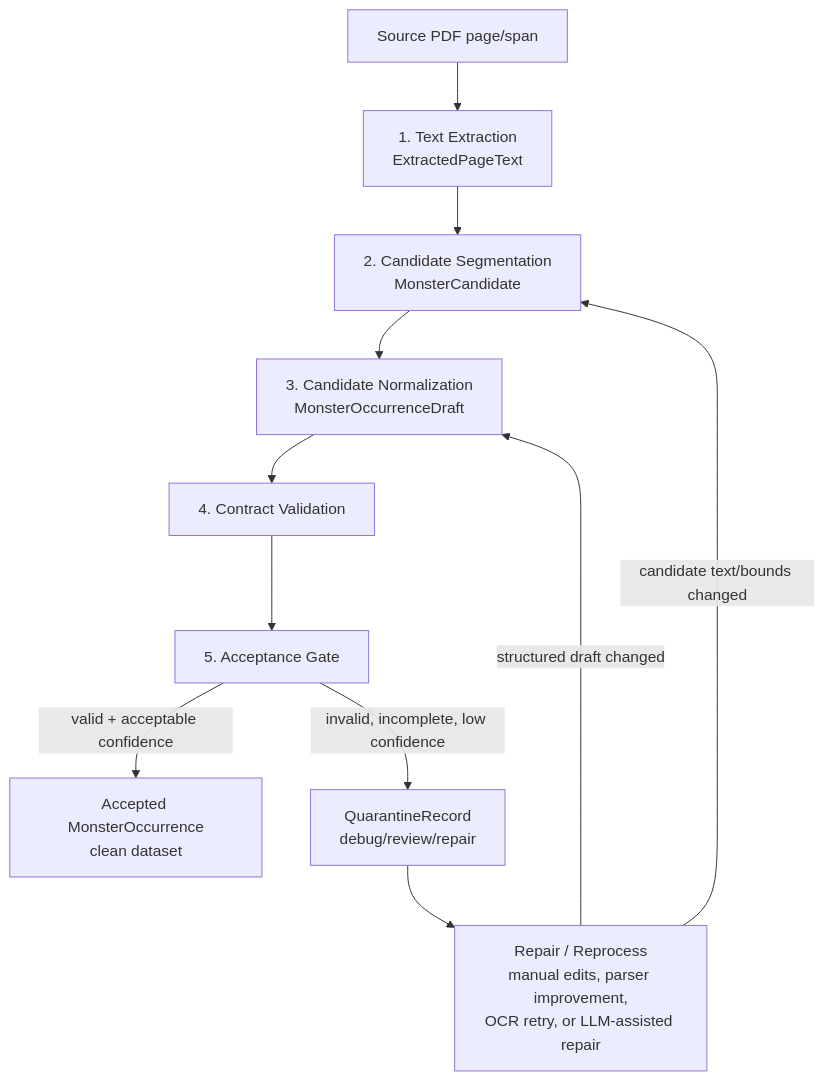
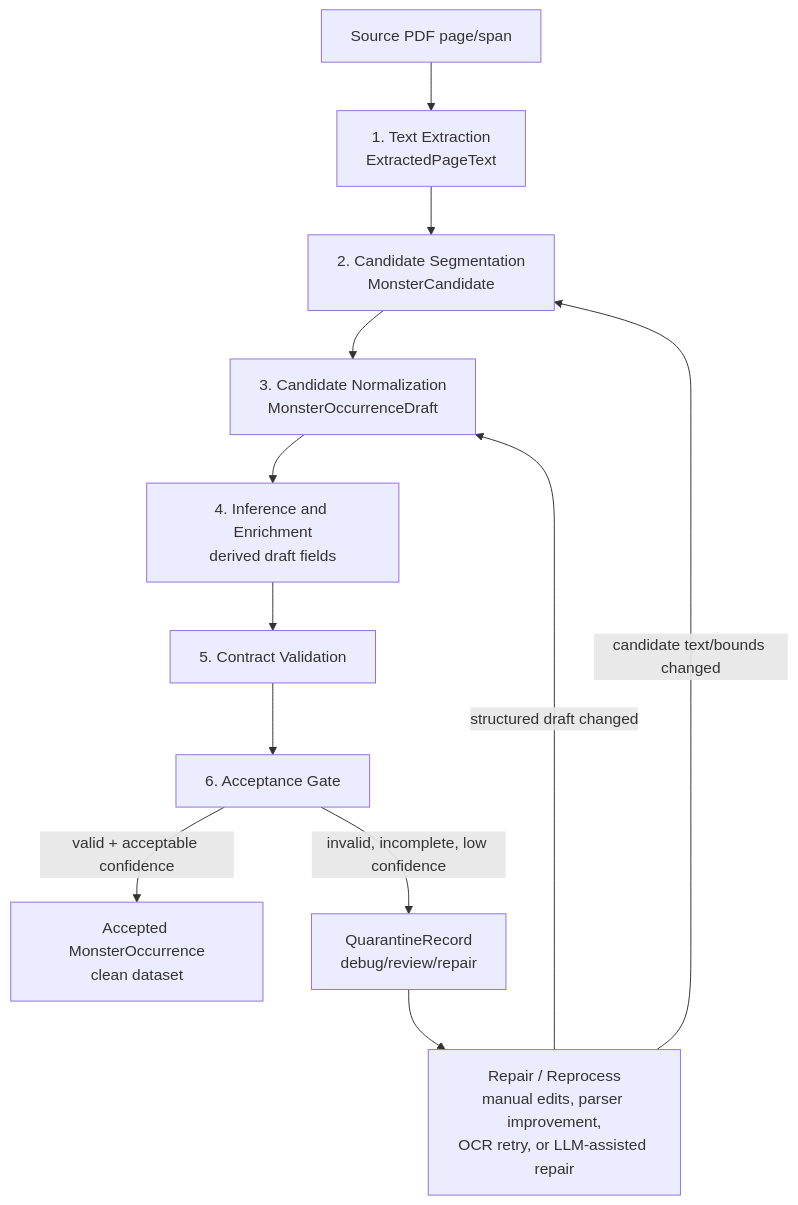
The diagram in docs/EXTRACTION_PIPELINE.md (eduardoprado/madtitan-bestiary), drawn with Mermaid before and after one commit. The commit also changed other lines of this file and 9 other files, not shown here.

````diff
--- a/docs/EXTRACTION_PIPELINE.md
+++ b/docs/EXTRACTION_PIPELINE.md
@@ -111,21 +172,22 @@
 ```mermaid
 flowchart TD
     PDF["Source PDF page/span"]
 
     TEX["1. Text Extraction<br/>ExtractedPageText"]
     SEG["2. Candidate Segmentation<br/>MonsterCandidate"]
     NOR["3. Candidate Normalization<br/>MonsterOccurrenceDraft"]
-    VAL["4. Contract Validation"]
-    GATE["5. Acceptance Gate"]
+    INF["4. Inference and Enrichment<br/>derived draft fields"]
+    VAL["5. Contract Validation"]
+    GATE["6. Acceptance Gate"]
 
     MON["Accepted MonsterOccurrence<br/>clean dataset"]
     QUAR["QuarantineRecord<br/>debug/review/repair"]
     REPAIR["Repair / Reprocess<br/>manual edits, parser improvement,<br/>OCR retry, or LLM-assisted repair"]
 
-    PDF --> TEX --> SEG --> NOR --> VAL --> GATE
+    PDF --> TEX --> SEG --> NOR --> INF --> VAL --> GATE
     GATE -->|valid + acceptable confidence| MON
     GATE -->|invalid, incomplete, low confidence| QUAR
     QUAR --> REPAIR
     REPAIR -->|candidate text/bounds changed| SEG
     REPAIR -->|structured draft changed| NOR
 ```
````
